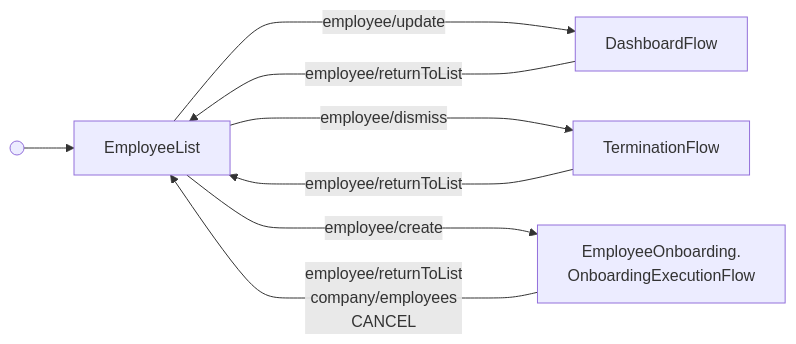
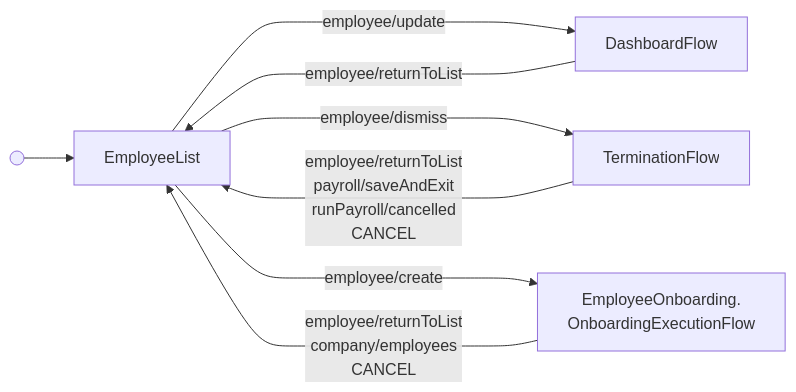
Before and after one commit to Gusto/embedded-react-sdk: the diagram in docs/reference/employee/management/employee-list-flow.md, drawn with Mermaid. The commit also changed other lines of this file and 10 other files, not shown here.

First line of the commit message:
fix: return to EmployeeList after dismissal payroll (#2814)

````diff
--- a/docs/reference/employee/management/employee-list-flow.md
+++ b/docs/reference/employee/management/employee-list-flow.md
@@ -80,16 +80,16 @@
 ```mermaid
 flowchart LR
   start@{ shape: sm-circ } --> EmployeeList
 
   EmployeeList ---->|"employee/update"| DashboardFlow
   EmployeeList ---->|"employee/dismiss"| TerminationFlow
   EmployeeList ---->|"employee/create"| OnboardingExecutionFlow["EmployeeOnboarding.<br/>OnboardingExecutionFlow"]
 
   DashboardFlow -->|"employee/returnToList"| EmployeeList
-  TerminationFlow -->|"employee/returnToList"| EmployeeList
+  TerminationFlow -->|"employee/returnToList<br/>payroll/saveAndExit<br/>runPayroll/cancelled<br/>CANCEL"| EmployeeList
   OnboardingExecutionFlow -->|"employee/returnToList<br/>company/employees<br/>CANCEL"| EmployeeList
 
   class DashboardFlow flow
   class TerminationFlow flow
   class OnboardingExecutionFlow flow
 ```
````
